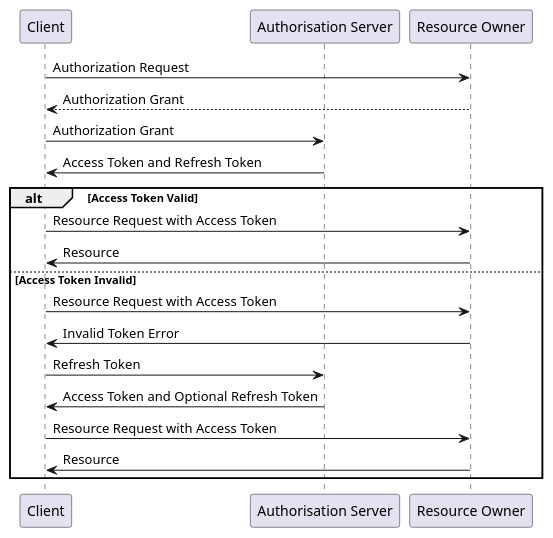
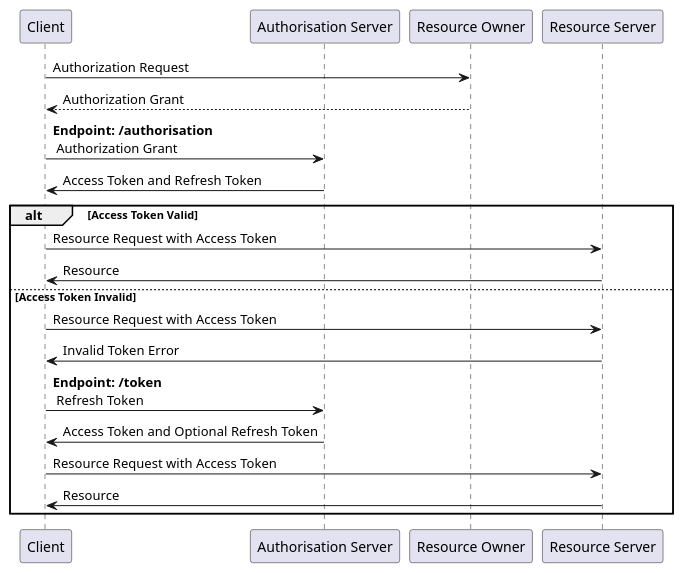
One commit to JamesCollerton/PlantUML-Diagrams changed the diagram in OAuth-Refresh-Token-Grant.puml. Above: the diagram before and after it, drawn with PlantUML. The commit also changed 3 other files, not shown here.

Commit message:
Added all OAuth basic plant uml

```diff
--- a/OAuth-Refresh-Token-Grant.puml
+++ b/OAuth-Refresh-Token-Grant.puml
@@ -1,31 +1,32 @@
 @startuml
 
 participant "Client" as client
 participant "Authorisation Server" as authorisation_server
 participant "Resource Owner" as resource_owner
+participant "Resource Server" as resource_server
 
 client -> resource_owner: Authorization Request
 resource_owner --> client: Authorization Grant
 
-client -> authorisation_server: Authorization Grant
+client -> authorisation_server: **Endpoint: /authorisation** \n Authorization Grant
 authorisation_server -> client: Access Token and Refresh Token
 
 alt Access Token Valid
 
-client -> resource_owner: Resource Request with Access Token
-resource_owner -> client: Resource
+client -> resource_server: Resource Request with Access Token
+resource_server -> client: Resource
 
 else Access Token Invalid
 
-client -> resource_owner: Resource Request with Access Token
-resource_owner -> client: Invalid Token Error
+client -> resource_server: Resource Request with Access Token
+resource_server -> client: Invalid Token Error
 
-client -> authorisation_server: Refresh Token
+client -> authorisation_server: **Endpoint: /token** \n Refresh Token
 authorisation_server -> client: Access Token and Optional Refresh Token
 
-client -> resource_owner: Resource Request with Access Token
-resource_owner -> client: Resource
+client -> resource_server: Resource Request with Access Token
+resource_server -> client: Resource
 
 end
 
 @enduml
```
